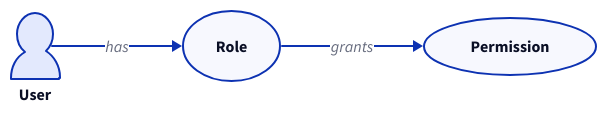
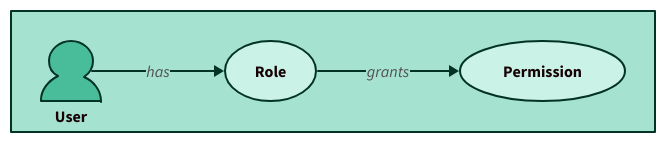
The diagram in docs/concepts/authorization/structure.d2 (byceps/byceps), drawn with D2 before and after one commit. The commit also changed 12 other files, not shown here.

First line of the commit message:
Recreate diagram images in documentation

```diff
--- a/docs/concepts/authorization/structure.d2
+++ b/docs/concepts/authorization/structure.d2
@@ -1,10 +1,27 @@
-# layout: dagre
+vars: {
+  d2-config: {
+    layout-engine: dagre
+    theme-id: 104
+  }
+}
 
 direction: right
 
-User -> Role: has
-Role -> Permission: grants
+container: "" {
+  User: {
+    shape: person
+    width: 60
+    height: 60
+  }
+  Role: {
+    shape: oval
+    height: 60
+  }
+  Permission: {
+    shape: oval
+    height: 60
+  }
 
-User.shape: person
-Role.shape: oval
-Permission.shape: oval
+  User -> Role: has
+  Role -> Permission: grants
+}
```
